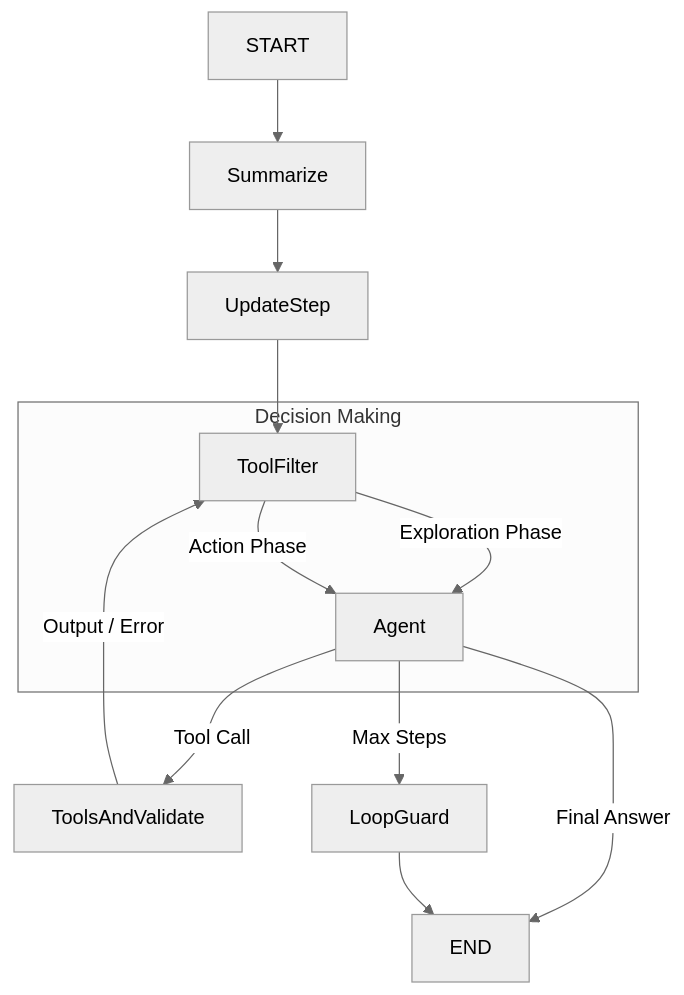
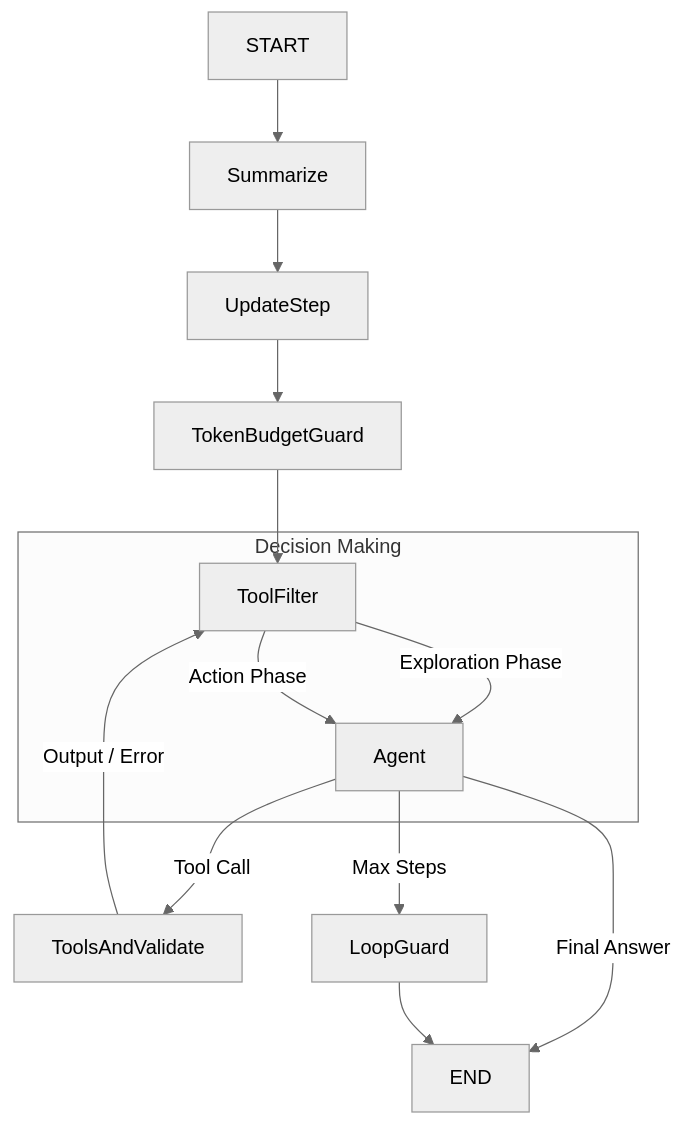
The diagram in README.md (maks-mk/simple-ai-agent), drawn with Mermaid (neutral theme) before and after one commit. The commit also changed other lines of this file and 17 other files, not shown here.

````diff
--- a/README.md
+++ b/README.md
@@ -235,17 +238,18 @@
 ```mermaid
 graph TD
     START --> Summarize
     Summarize --> UpdateStep
-    UpdateStep --> ToolFilter
+    UpdateStep --> TokenBudgetGuard
+    TokenBudgetGuard --> ToolFilter
     
     subgraph Decision Making
         ToolFilter -->|Exploration Phase| Agent
         ToolFilter -->|Action Phase| Agent
     end
     
     Agent -- Tool Call --> ToolsAndValidate
     ToolsAndValidate -- Output / Error --> ToolFilter
     
     Agent -- Final Answer --> END
     Agent -- Max Steps --> LoopGuard --> END
 ```
````
